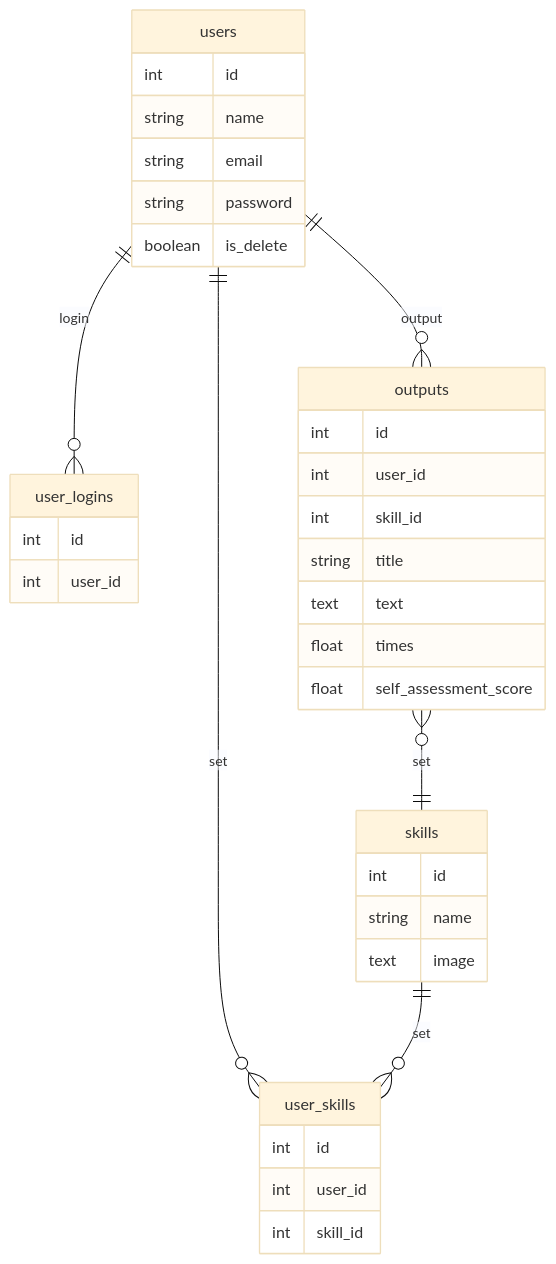
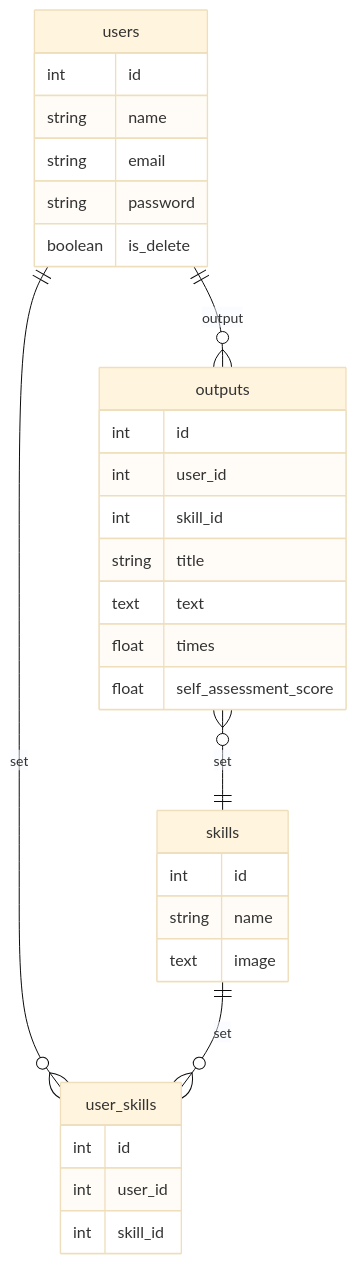
Before and after one commit to dmm-magicians/skill_stack: the diagram in README.md, drawn with Mermaid (base theme).

````diff
--- a/README.md
+++ b/README.md
@@ -98,42 +98,36 @@
 ```mermaid
   erDiagram
-    users ||--o{ user_logins : login
     users ||--o{ user_skills : set
     skills ||--o{ user_skills : set
     users ||--o{ outputs : output
     outputs }o--|| skills : set
     users {
       int id
       string name
       string email
       string password
       boolean is_delete
     }
 
     skills {
       int id
       string name
       text image
     }
 
     user_skills {
       int id
       int user_id
       int skill_id
     }
 
-    user_logins {
-      int id
-      int user_id
-    }
-
     outputs {
       int id
       int user_id
       int skill_id
       string title
       text text
       float times
       float self_assessment_score
     }
 ```
````
